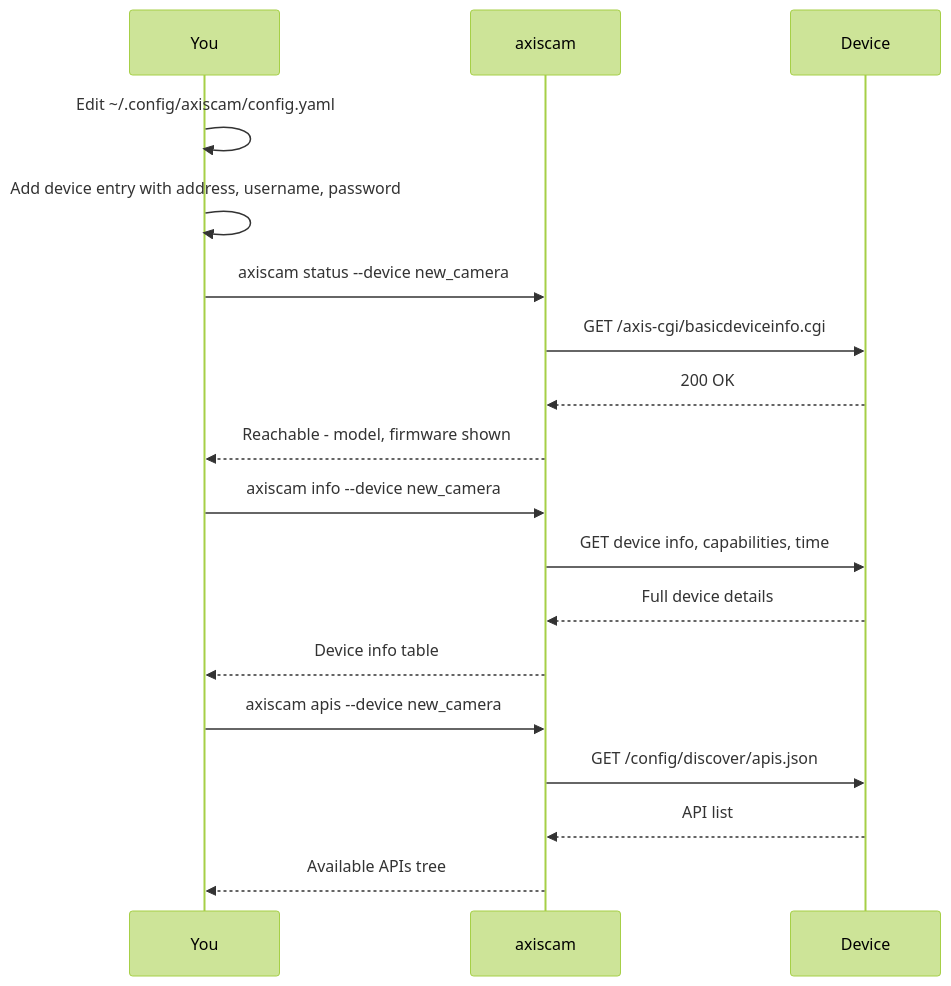
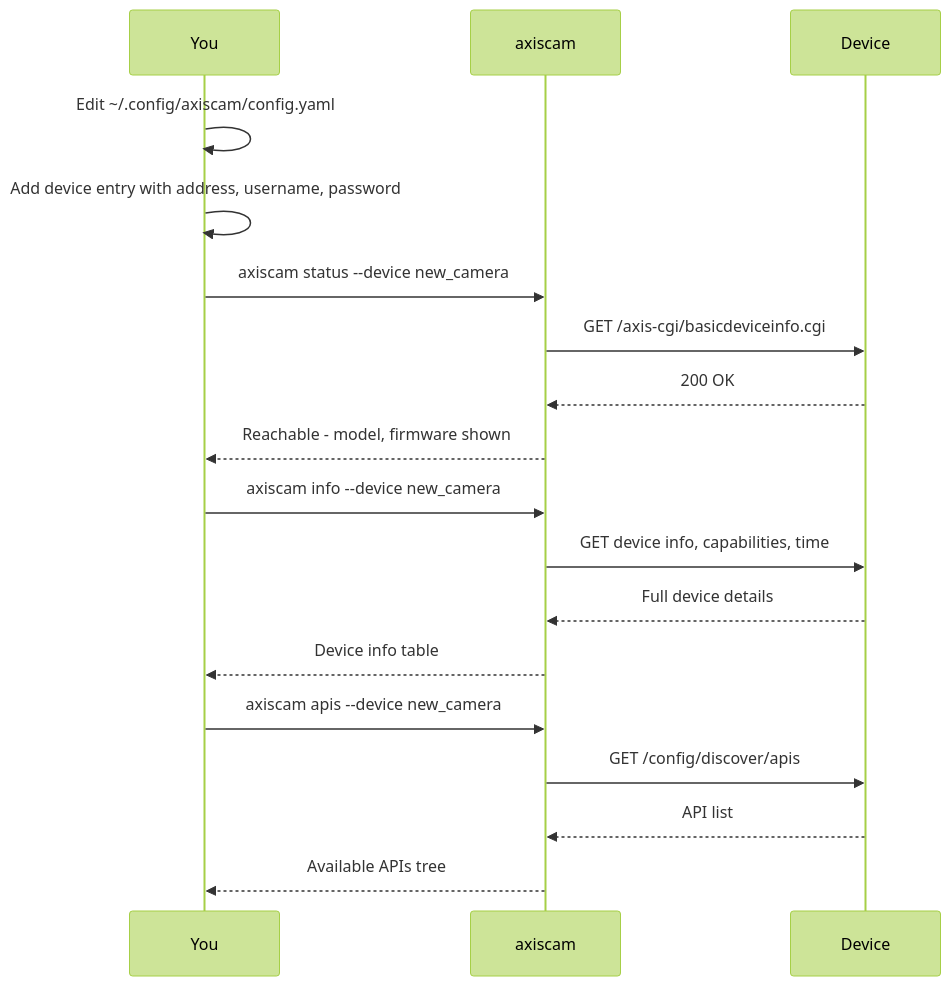
Before and after one commit to NetDevAutomate/axiscam: the sixth of 10 diagrams in docs/troubleshooting-runbook.md, drawn with Mermaid (forest theme). The commit also changed other lines of this file and 10 other files, not shown here.

````diff
--- a/docs/troubleshooting-runbook.md
+++ b/docs/troubleshooting-runbook.md
@@ -669,21 +670,21 @@
 ```mermaid
 sequenceDiagram
     participant U as You
     participant CLI as axiscam
     participant DEV as Device
 
     U->>U: Edit ~/.config/axiscam/config.yaml
     U->>U: Add device entry with address, username, password
     U->>CLI: axiscam status --device new_camera
     CLI->>DEV: GET /axis-cgi/basicdeviceinfo.cgi
     DEV-->>CLI: 200 OK
     CLI-->>U: Reachable - model, firmware shown
     U->>CLI: axiscam info --device new_camera
     CLI->>DEV: GET device info, capabilities, time
     DEV-->>CLI: Full device details
     CLI-->>U: Device info table
     U->>CLI: axiscam apis --device new_camera
-    CLI->>DEV: GET /config/discover/apis.json
+    CLI->>DEV: GET /config/discover/apis
     DEV-->>CLI: API list
     CLI-->>U: Available APIs tree
 ```
````
